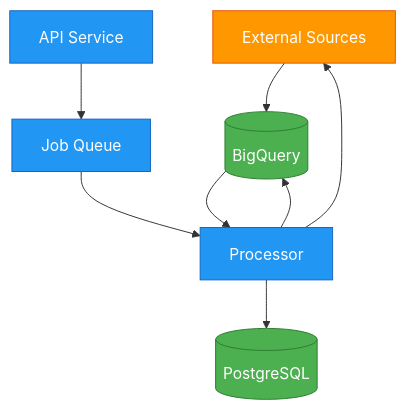
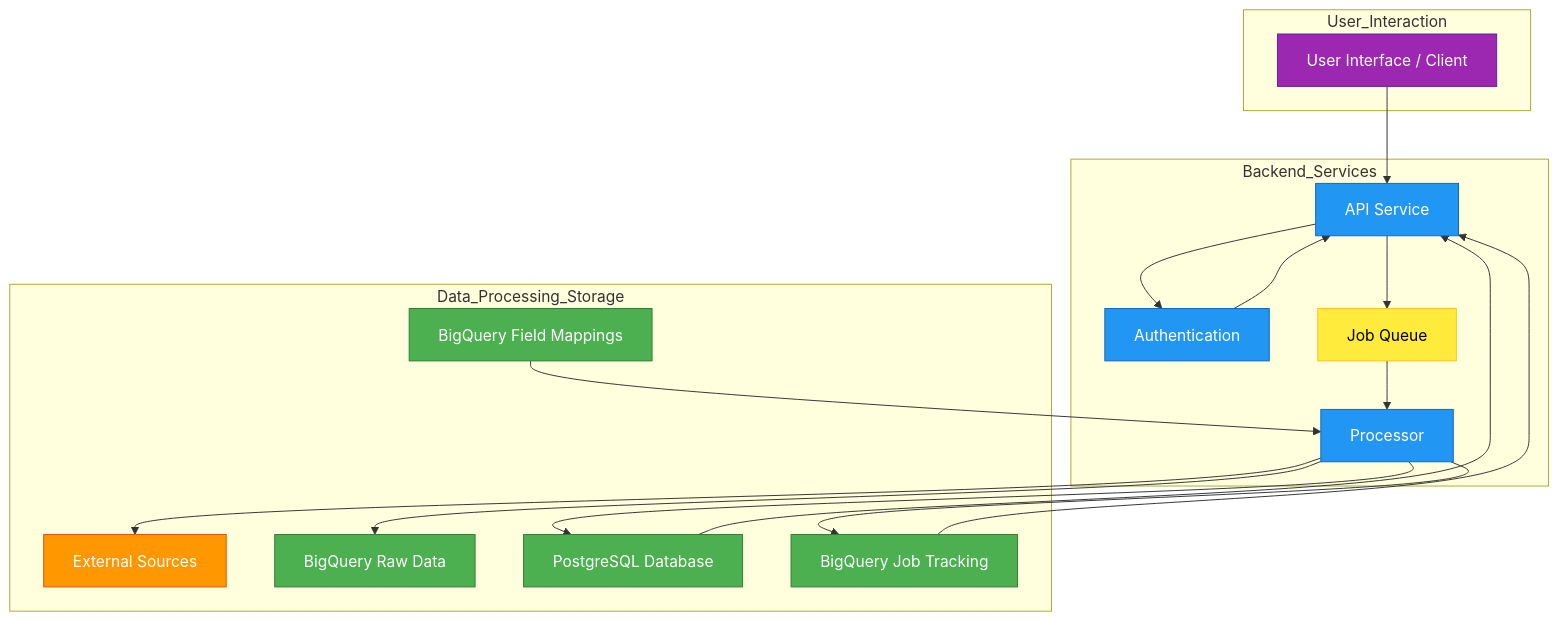
One commit to Userport-ai/prospecting-ai changed the diagram in api/django_app/app/docs/api_and_db_design.md. Above: the diagram before and after it, drawn with Mermaid. The commit also changed other lines of this file and 12 other files, not shown here.

````diff
--- a/api/django_app/app/docs/api_and_db_design.md
+++ b/api/django_app/app/docs/api_and_db_design.md
@@ -3,21 +11,46 @@
 ```mermaid
-flowchart TB
-    ES[External Sources] --> BQ[(BigQuery)]
-    
-    API[API Service] --> Q[Job Queue]
-    Q --> P[Processor]
-    
-    P --> ES
-    P --> BQ
-    
-    BQ --> P
-    P --> PG[(PostgreSQL)]
-    
-    classDef source fill:#FF9800,stroke:#E65100,color:white
-    classDef service fill:#2196F3,stroke:#1565C0,color:white
-    classDef database fill:#4CAF50,stroke:#2E7D32,color:white
-    
-    class ES source
-    class API,Q,P service
-    class BQ,PG database
+flowchart TD
+  subgraph User_Interaction
+    UI[User Interface / Client]
+  end
+
+  subgraph Backend_Services
+    API[API Service]
+    AuthN[Authentication]
+    Q[Job Queue]
+    P[Processor]
+  end
+
+  subgraph Data_Processing_Storage
+    ES[External Sources]
+    BQ_Raw[BigQuery Raw Data]
+    PG[PostgreSQL Database]
+    BQ_Jobs[BigQuery Job Tracking]
+    BQ_Mappings[BigQuery Field Mappings]
+  end
+
+  UI --> API
+  API --> AuthN
+  AuthN --> API
+  API --> Q
+  Q --> P
+  P --> ES
+  P --> BQ_Raw
+  P --> PG
+  P --> BQ_Jobs
+  PG --> API
+  BQ_Jobs --> API
+  BQ_Mappings --> P
+
+  classDef source fill:#FF9800,stroke:#E65100,color:white
+  classDef service fill:#2196F3,stroke:#1565C0,color:white
+  classDef database fill:#4CAF50,stroke:#2E7D32,color:white
+  classDef queue fill:#FFEB3B,stroke:#FBC02D,color:black
+  classDef client fill:#9C27B0,stroke:#6A1B9A,color:white
+
+  class ES source
+  class UI client
+  class API,P,AuthN service
+  class Q queue
+  class PG,BQ_Raw,BQ_Jobs,BQ_Mappings database
 ```
````
